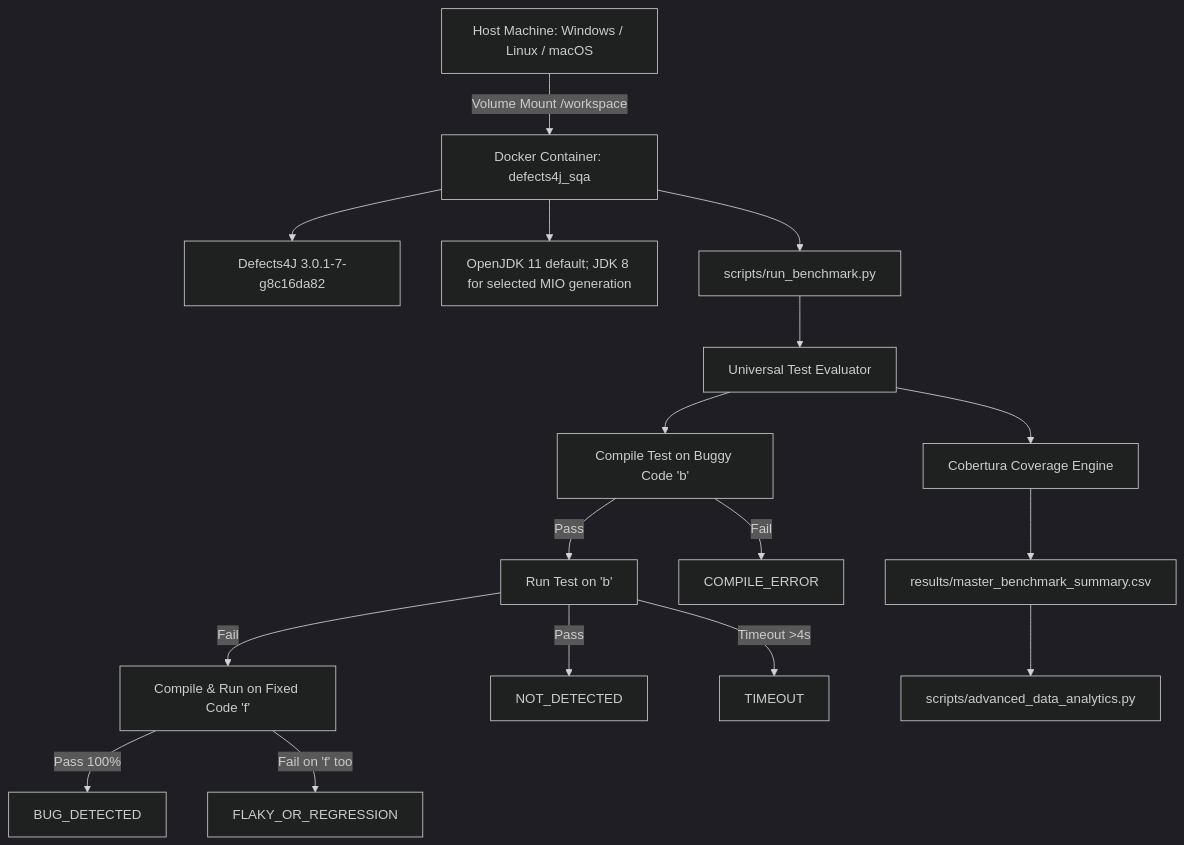
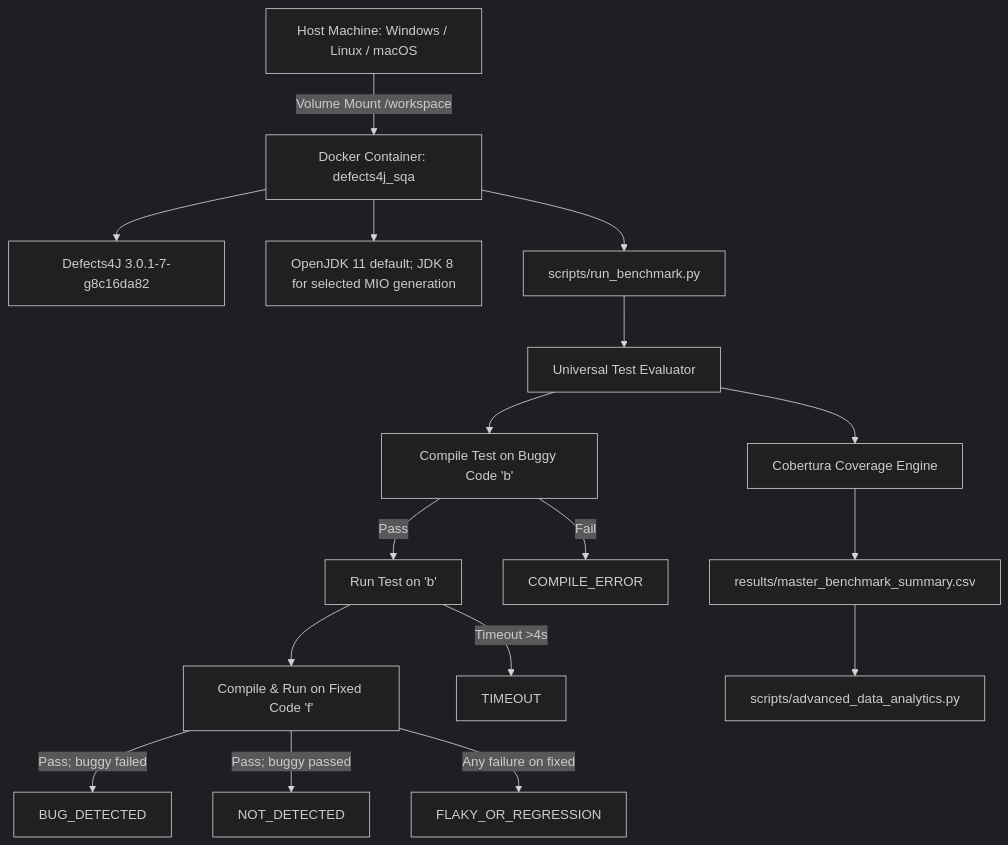
The diagram in Final_Report.md (Bigzzz0/ProjectSQA), drawn with Mermaid (dark theme) before and after one commit. The commit also changed other lines of this file and 248 other files, not shown here.

````diff
--- a/Final_Report.md
+++ b/Final_Report.md
@@ -164,23 +162,23 @@
 ```mermaid
 graph TD
     Host[Host Machine: Windows / Linux / macOS] -->|Volume Mount /workspace| Docker[Docker Container: defects4j_sqa]
     Docker --> D4J[Defects4J 3.0.1-7-g8c16da82]
     Docker --> JRE[OpenJDK 11 default; JDK 8 for selected MIO generation]
     Docker --> Runner[scripts/run_benchmark.py]
     
     Runner --> Evaluator[Universal Test Evaluator]
     Evaluator --> CompileB[Compile Test on Buggy Code 'b']
     CompileB -->|Pass| RunB[Run Test on 'b']
     CompileB -->|Fail| CE[COMPILE_ERROR]
     
-    RunB -->|Fail| CompileF[Compile & Run on Fixed Code 'f']
-    RunB -->|Pass| ND[NOT_DETECTED]
+    RunB --> CompileF[Compile & Run on Fixed Code 'f']
     RunB -->|Timeout >4s| TO[TIMEOUT]
     
-    CompileF -->|Pass 100%| BD[BUG_DETECTED]
-    CompileF -->|Fail on 'f' too| FR[FLAKY_OR_REGRESSION]
+    CompileF -->|Pass; buggy failed| BD[BUG_DETECTED]
+    CompileF -->|Pass; buggy passed| ND[NOT_DETECTED]
+    CompileF -->|Any failure on fixed| FR[FLAKY_OR_REGRESSION]
     
     Evaluator --> Cov[Cobertura Coverage Engine]
     Cov --> MasterCSV[results/master_benchmark_summary.csv]
     MasterCSV --> Analytics[scripts/advanced_data_analytics.py]
 ```
````
